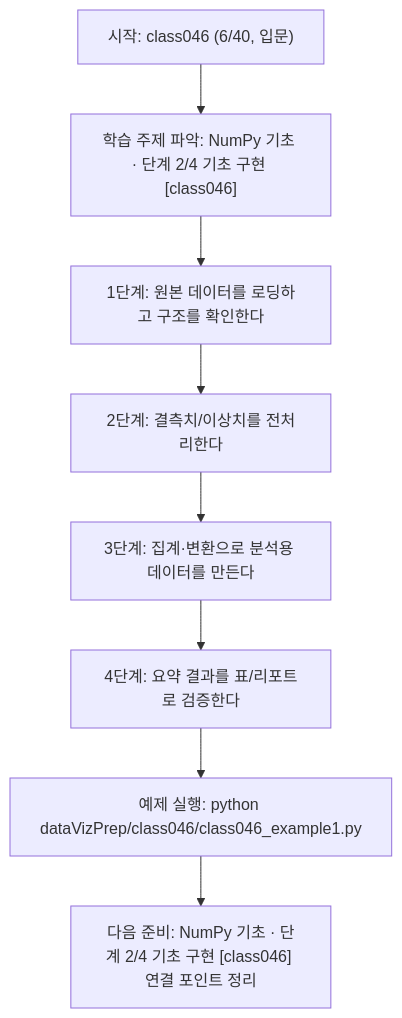
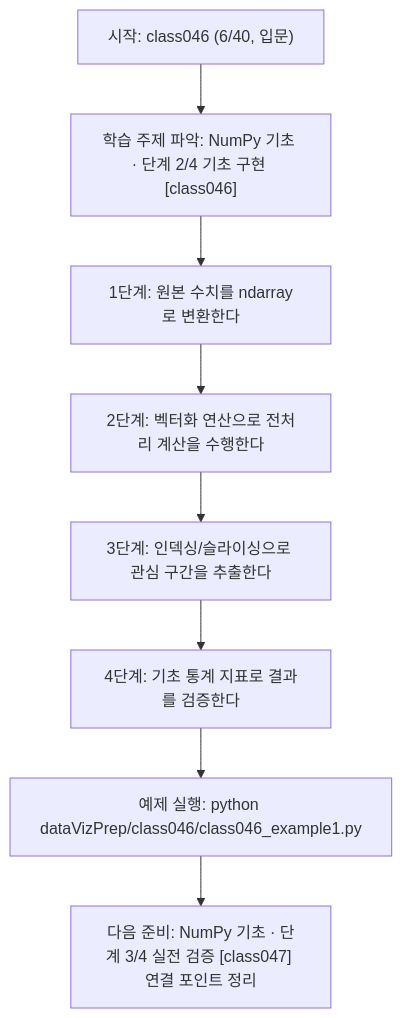
One commit to edumgt/Python-AI_Agent-Class changed the diagram in dataVizPrep/class046/class046.md. Above: the diagram before and after it, drawn with Mermaid. The commit also changed other lines of this file and 283 other files, not shown here.

````diff
--- a/dataVizPrep/class046/class046.md
+++ b/dataVizPrep/class046/class046.md
@@ -110,18 +91,18 @@
 ```mermaid
 flowchart TD
 N1["시작: class046 (6/40, 입문)"]
 N2["학습 주제 파악: NumPy 기초 · 단계 2/4 기초 구현 [class046]"]
-N3["1단계: 원본 데이터를 로딩하고 구조를 확인한다"]
-N4["2단계: 결측치/이상치를 전처리한다"]
-N5["3단계: 집계·변환으로 분석용 데이터를 만든다"]
-N6["4단계: 요약 결과를 표/리포트로 검증한다"]
+N3["1단계: 원본 수치를 ndarray로 변환한다"]
+N4["2단계: 벡터화 연산으로 전처리 계산을 수행한다"]
+N5["3단계: 인덱싱/슬라이싱으로 관심 구간을 추출한다"]
+N6["4단계: 기초 통계 지표로 결과를 검증한다"]
 N7["예제 실행: python dataVizPrep/class046/class046_example1.py"]
-N8["다음 준비: NumPy 기초 · 단계 2/4 기초 구현 [class046] 연결 포인트 정리"]
+N8["다음 준비: NumPy 기초 · 단계 3/4 실전 검증 [class047] 연결 포인트 정리"]
 N1 --> N2
 N2 --> N3
 N3 --> N4
 N4 --> N5
 N5 --> N6
 N6 --> N7
 N7 --> N8
 ```
````
